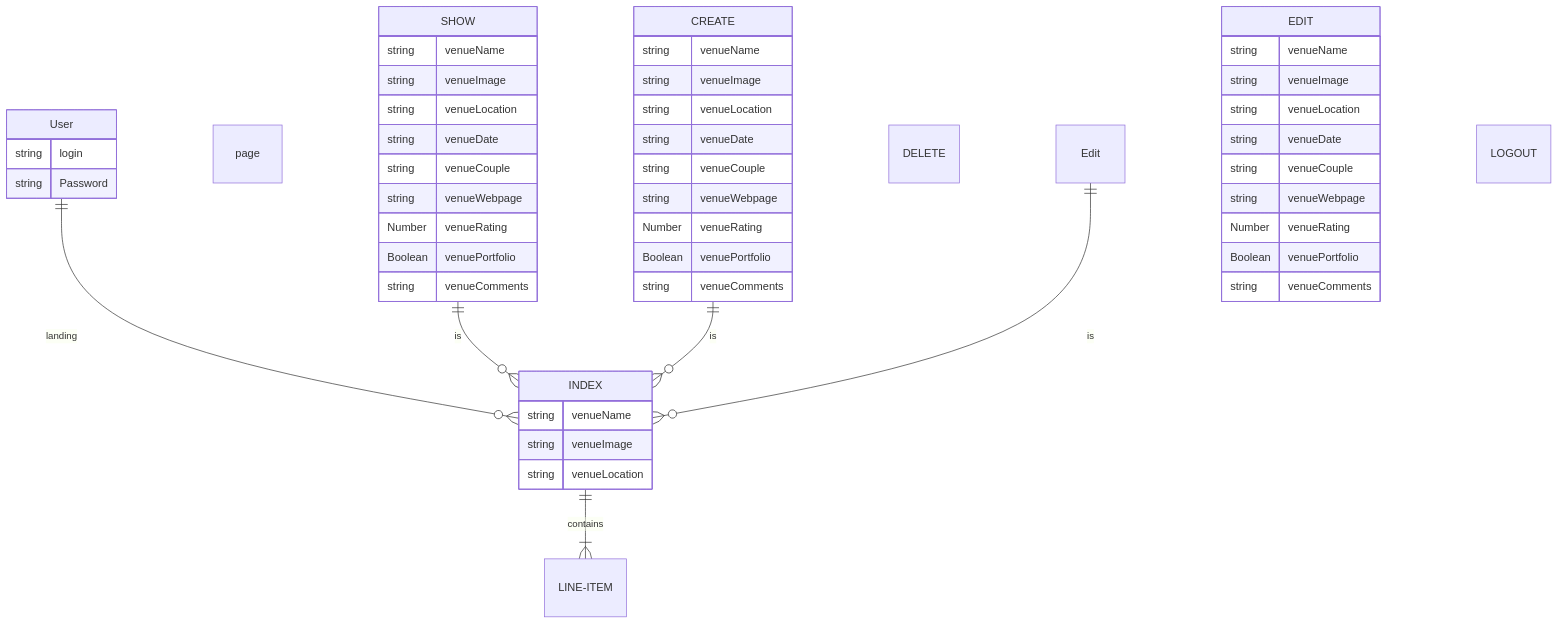
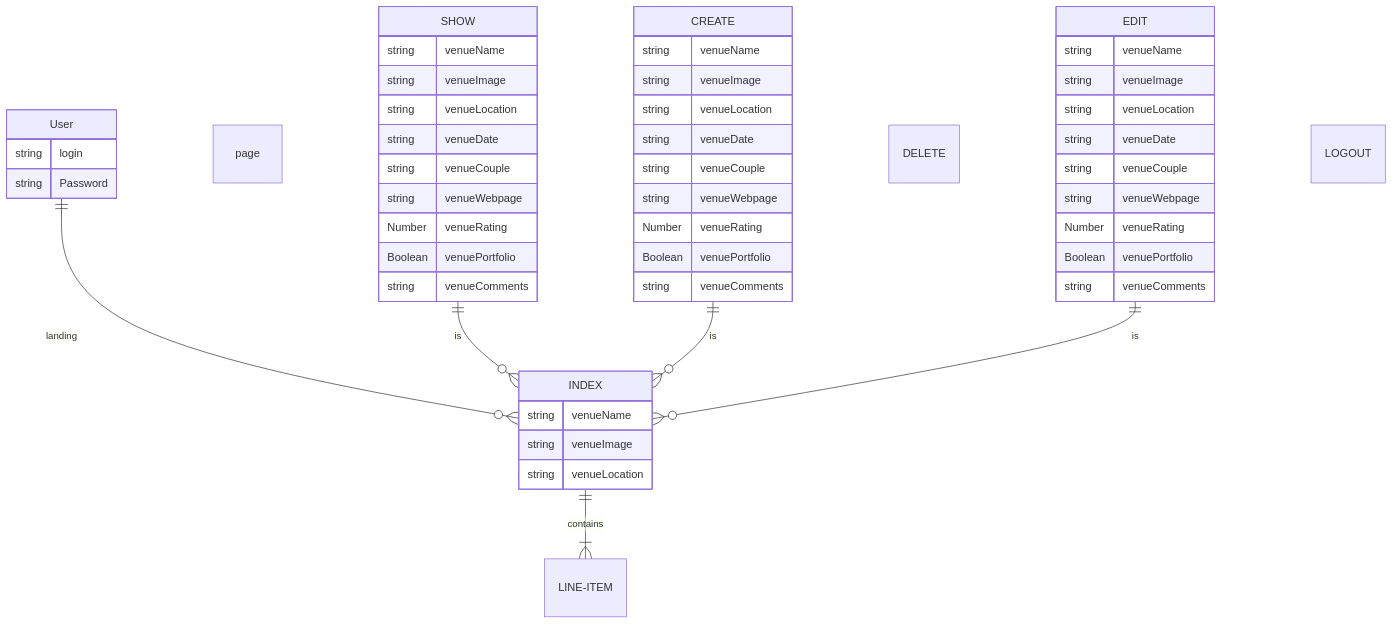
The diagram in readme.md (adriancgarcia/project2-photo-assistant), drawn with Mermaid before and after one commit.

````diff
--- a/readme.md
+++ b/readme.md
@@ -41,59 +41,59 @@
 ``` mermaid
 erDiagram
     User ||--o{ INDEX: landing page
     User {
         string login
         string Password
     }
     INDEX ||--|{ LINE-ITEM : contains
     INDEX {
         string venueName
         string venueImage
         string venueLocation
     }
     SHOW || --o{ INDEX : is
     SHOW{
         string venueName
         string venueImage
         string venueLocation
         string venueDate
         string venueCouple
         string venueWebpage
         Number venueRating
         Boolean venuePortfolio
         string venueComments
     }
     CREATE || --o{ INDEX : is
     CREATE {
         string venueName
         string venueImage
         string venueLocation
         string venueDate
         string venueCouple
         string venueWebpage
         Number venueRating
         Boolean venuePortfolio
         string venueComments
     }
     DELETE {
 
 
     }
-    Edit || --o{ INDEX : is
+    EDIT || --o{ INDEX : is
     EDIT {
         string venueName
         string venueImage
         string venueLocation
         string venueDate
         string venueCouple
         string venueWebpage
         Number venueRating
         Boolean venuePortfolio
         string venueComments
     }
     LOGOUT{
 
     }
     
 
 ```
````
